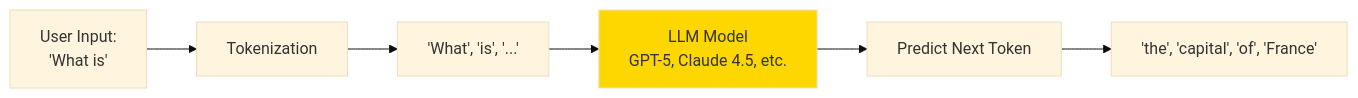
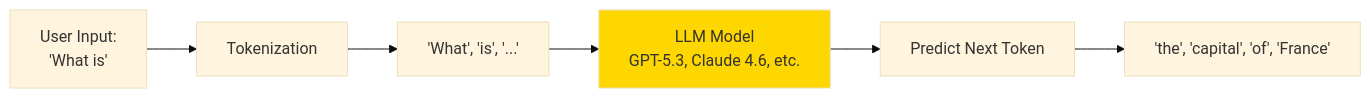
Before and after one commit to anton-abyzov/specweave: the first of 4 diagrams in docs-site/docs/learn/ml-ai/ml-fundamentals.md, drawn with Mermaid (base theme). The commit also changed other lines of this file and 33 other files, not shown here.

Commit message:
update docs, LLM providers, model selection, and plugin hooks

````diff
--- a/docs-site/docs/learn/ml-ai/ml-fundamentals.md
+++ b/docs-site/docs/learn/ml-ai/ml-fundamentals.md
@@ -48,10 +48,10 @@
 ```mermaid
 graph LR
     Input[User Input:<br/>'What is'] --> Tokenize[Tokenization]
     Tokenize --> Tokens['What', 'is', '...']
-    Tokens --> Model[LLM Model<br/>GPT-5, Claude 4.5, etc.]
+    Tokens --> Model[LLM Model<br/>GPT-5.3, Claude 4.6, etc.]
     Model --> Predict[Predict Next Token]
     Predict --> Output['the', 'capital', 'of', 'France']
 
     style Model fill:#ffd700
 ```
````
